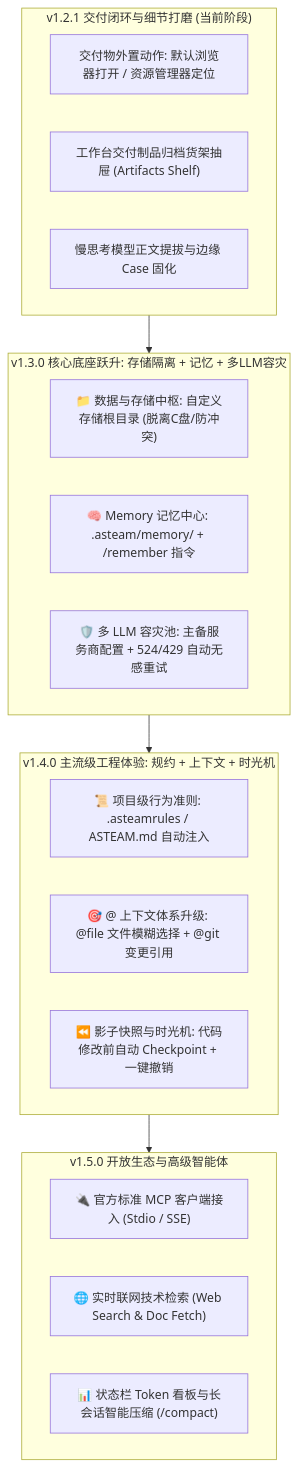
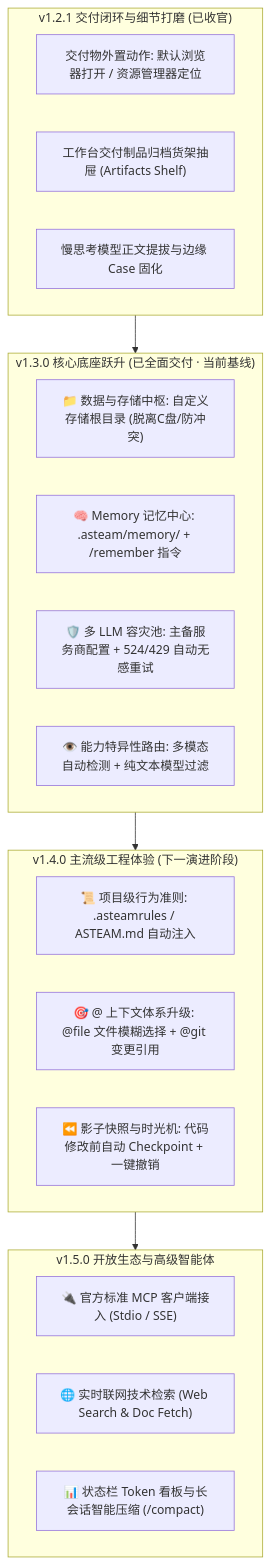
Before and after one commit to h382110229/asteam-agent: the diagram in ROADMAP.md, drawn with Mermaid. The commit also changed other lines of this file and 3 other files, not shown here.

Commit message:
docs(v1.3.0): update README, ROADMAP, and persist verified project memory and component

````diff
--- a/ROADMAP.md
+++ b/ROADMAP.md
@@ -20,28 +20,29 @@
 ```mermaid
 flowchart TD
-  subgraph v121 ["v1.2.1 交付闭环与细节打磨 (当前阶段)"]
+  subgraph v121 ["v1.2.1 交付闭环与细节打磨 (已收官)"]
     A1["交付物外置动作: 默认浏览器打开 / 资源管理器定位"]
     A2["工作台交付制品归档货架抽屉 (Artifacts Shelf)"]
     A3["慢思考模型正文提拔与边缘 Case 固化"]
   end
 
-  subgraph v130 ["v1.3.0 核心底座跃升: 存储隔离 + 记忆 + 多LLM容灾"]
+  subgraph v130 ["v1.3.0 核心底座跃升 (已全面交付 · 当前基线)"]
     B1["📁 数据与存储中枢: 自定义存储根目录 (脱离C盘/防冲突)"]
     B2["🧠 Memory 记忆中心: .asteam/memory/ + /remember 指令"]
     B3["🛡️ 多 LLM 容灾池: 主备服务商配置 + 524/429 自动无感重试"]
+    B4["👁️ 能力特异性路由: 多模态自动检测 + 纯文本模型过滤"]
   end
 
-  subgraph v140 ["v1.4.0 主流级工程体验: 规约 + 上下文 + 时光机"]
+  subgraph v140 ["v1.4.0 主流级工程体验 (下一演进阶段)"]
     C1["📜 项目级行为准则: .asteamrules / ASTEAM.md 自动注入"]
     C2["🎯 @ 上下文体系升级: @file 文件模糊选择 + @git 变更引用"]
     C3["⏪ 影子快照与时光机: 代码修改前自动 Checkpoint + 一键撤销"]
   end
 
   subgraph v150 ["v1.5.0 开放生态与高级智能体"]
     D1["🔌 官方标准 MCP 客户端接入 (Stdio / SSE)"]
     D2["🌐 实时联网技术检索 (Web Search & Doc Fetch)"]
     D3["📊 状态栏 Token 看板与长会话智能压缩 (/compact)"]
   end
 
   v121 --> v130 --> v140 --> v150
 ```
````
